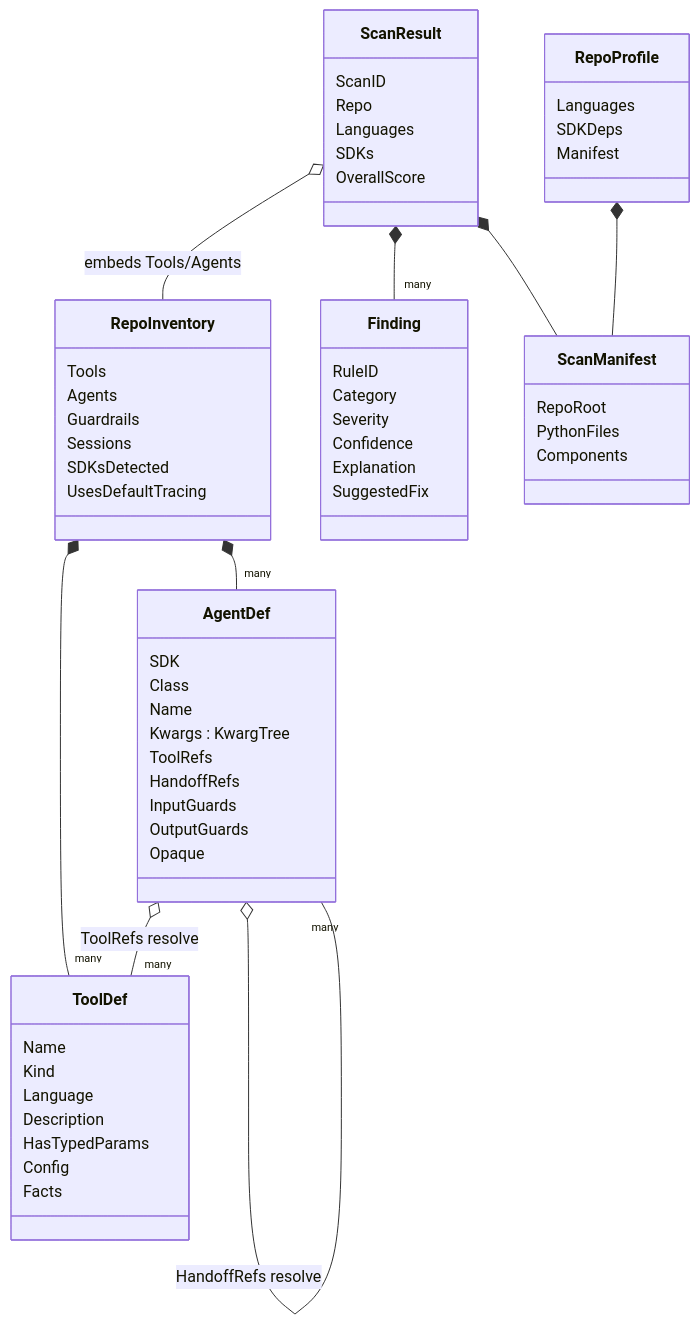
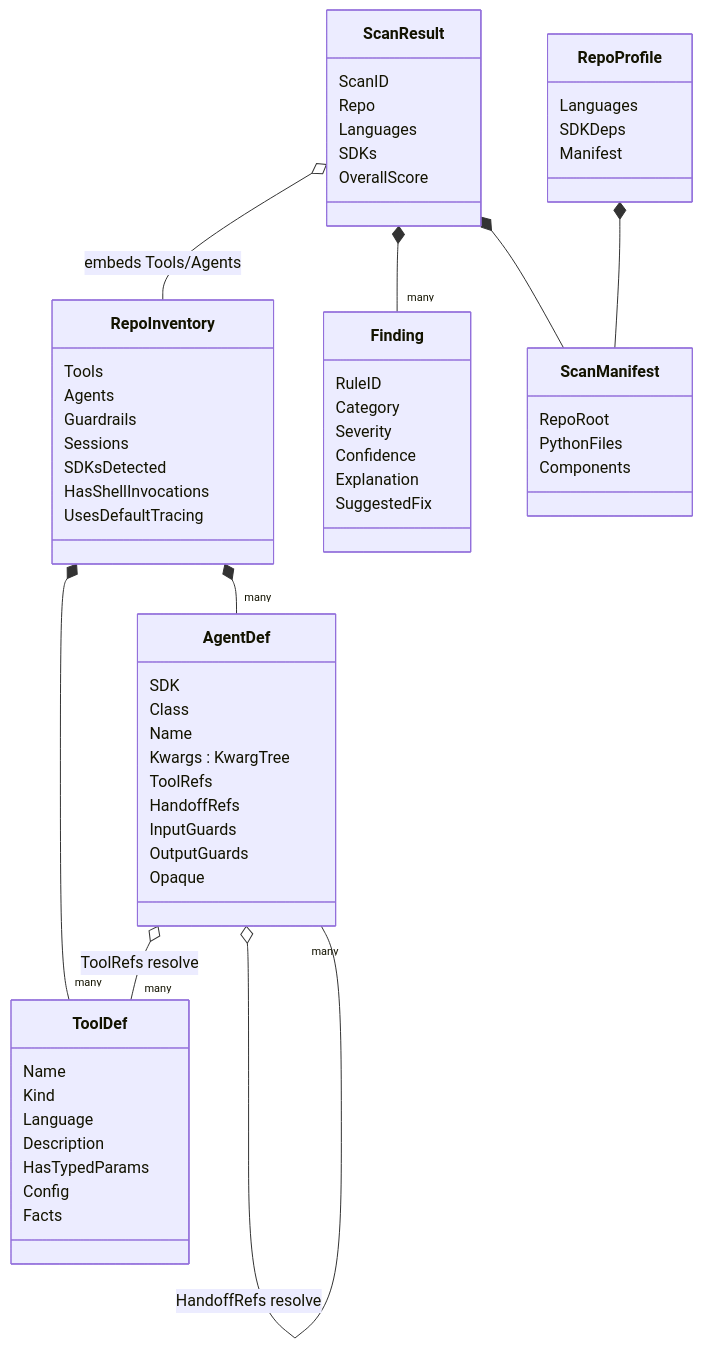
The third of 4 diagrams in ARCHITECTURE.md (trustabl/trustabl), drawn with Mermaid before and after one commit. The commit also changed other lines of this file and 11 other files, not shown here.

````diff
--- a/ARCHITECTURE.md
+++ b/ARCHITECTURE.md
@@ -494,65 +498,66 @@
 ```mermaid
 classDiagram
     class ScanResult {
         ScanID
         Repo
         Languages
         SDKs
         OverallScore
     }
     class RepoProfile {
         Languages
         SDKDeps
         Manifest
     }
     class RepoInventory {
         Tools
         Agents
         Guardrails
         Sessions
         SDKsDetected
+        HasShellInvocations
         UsesDefaultTracing
     }
     class ToolDef {
         Name
         Kind
         Language
         Description
         HasTypedParams
         Config
         Facts
     }
     class AgentDef {
         SDK
         Class
         Name
         Kwargs : KwargTree
         ToolRefs
         HandoffRefs
         InputGuards
         OutputGuards
         Opaque
     }
     class Finding {
         RuleID
         Category
         Severity
         Confidence
         Explanation
         SuggestedFix
     }
     class ScanManifest {
         RepoRoot
         PythonFiles
         Components
     }
 
     ScanResult o-- RepoInventory : embeds Tools/Agents
     ScanResult *-- "many" Finding
     ScanResult *-- ScanManifest
     RepoProfile *-- ScanManifest
     RepoInventory *-- "many" ToolDef
     RepoInventory *-- "many" AgentDef
     AgentDef o-- "many" ToolDef : ToolRefs resolve
     AgentDef o-- "many" AgentDef : HandoffRefs resolve
 ```
````
